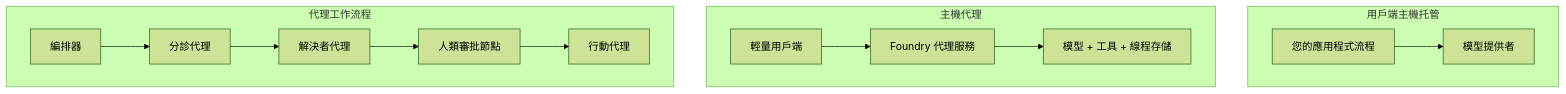
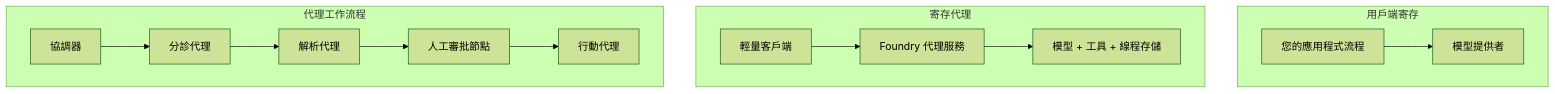
The first of 4 diagrams in mirrors/repos/microsoft@ai-agents-for-beginners/translations/zh-MO/16-deploying-scalable-agents/README.md (gabrielmoreira/agent-skills-mirror), drawn with Mermaid (forest theme) before and after one commit. The commit also changed other lines of this file and 3581 other files, not shown here.

````diff
--- a/mirrors/repos/microsoft@ai-agents-for-beginners/translations/zh-MO/16-deploying-scalable-agents/README.md
+++ b/mirrors/repos/microsoft@ai-agents-for-beginners/translations/zh-MO/16-deploying-scalable-agents/README.md
@@ -87,16 +87,16 @@
 ```mermaid
 flowchart TB
-    subgraph P1[用戶端主機托管]
+    subgraph P1[用戶端寄存]
         A1[您的應用程式流程] --> M1[模型提供者]
     end
-    subgraph P2[主機代理]
-        A2[輕量用戶端] --> F2[Foundry 代理服務]
+    subgraph P2[寄存代理]
+        A2[輕量客戶端] --> F2[Foundry 代理服務]
         F2 --> M2[模型 + 工具 + 線程存儲]
     end
     subgraph P3[代理工作流程]
-        A3[編排器] --> S1[分診代理]
-        S1 --> S2[解決者代理]
-        S2 --> H[人類審批節點]
+        A3[協調器] --> S1[分診代理]
+        S1 --> S2[解析代理]
+        S2 --> H[人工審批節點]
         H --> S3[行動代理]
     end
 ```
````
